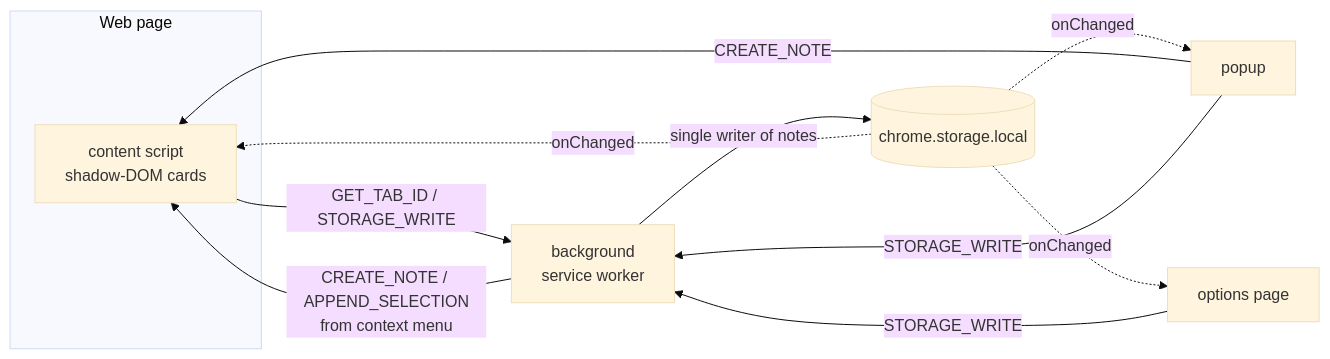
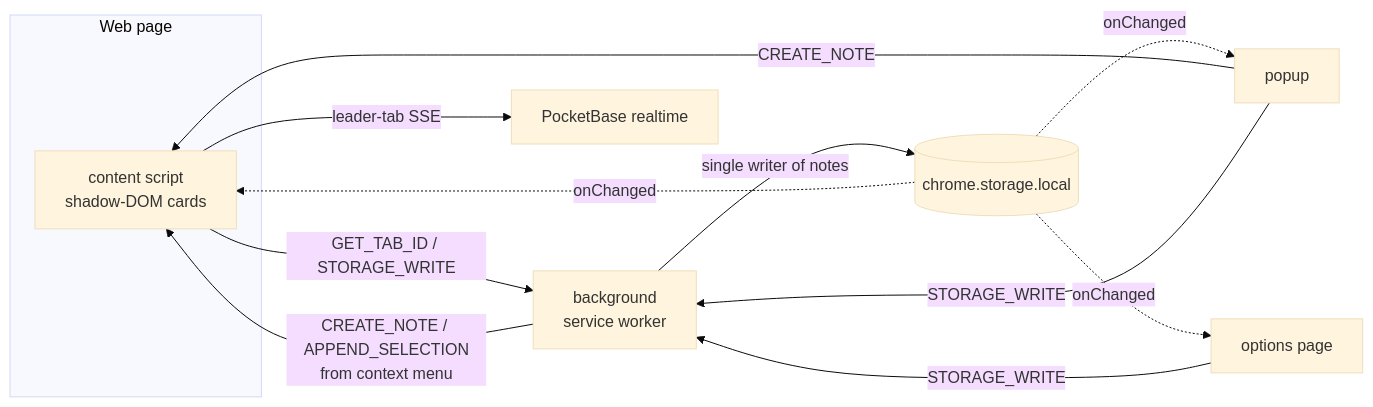
The first of 3 diagrams in README.md (farukcan/anchored-notes), drawn with Mermaid (base theme) before and after one commit. The commit also changed other lines of this file and 49 other files, not shown here.

````diff
--- a/README.md
+++ b/README.md
@@ -35,15 +35,16 @@
 ```mermaid
 flowchart LR
   subgraph page[Web page]
     CS[content script\nshadow-DOM cards]
   end
   POP[popup] -->|CREATE_NOTE| CS
   BG[background\nservice worker] -->|CREATE_NOTE / APPEND_SELECTION\nfrom context menu| CS
   CS -->|GET_TAB_ID / STORAGE_WRITE| BG
   POP -->|STORAGE_WRITE| BG
   OPT[options page] -->|STORAGE_WRITE| BG
   BG -->|single writer of notes| ST[(chrome.storage.local)]
+  CS -->|leader-tab SSE| PB[PocketBase realtime]
   ST -.->|onChanged| CS
   ST -.->|onChanged| POP
   ST -.->|onChanged| OPT
 ```
````
